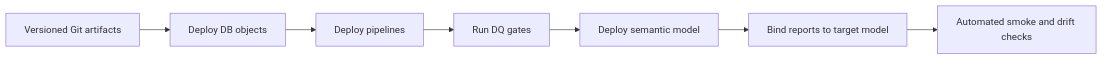
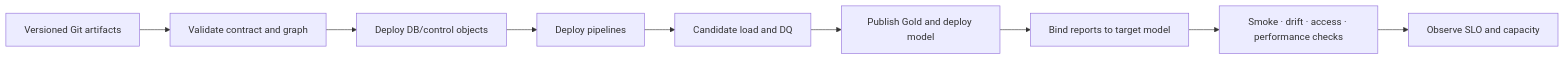
The diagram in docs/current-state-assessment.md (vothai17072002/fabric-medallion-supply-chain-platform), drawn with Mermaid before and after one commit. The commit also changed other lines of this file and 21 other files, not shown here.

Commit message:
feat: publish executable senior platform architecture

````diff
--- a/docs/current-state-assessment.md
+++ b/docs/current-state-assessment.md
@@ -26,9 +76,11 @@
 ```mermaid
 flowchart LR
-    G[Versioned Git artifacts] --> D[Deploy DB objects]
+    G[Versioned Git artifacts] --> C[Validate contract and graph]
+    C --> D[Deploy DB/control objects]
     D --> P[Deploy pipelines]
-    P --> Q[Run DQ gates]
-    Q --> M[Deploy semantic model]
+    P --> Q[Candidate load and DQ]
+    Q --> M[Publish Gold and deploy model]
     M --> B[Bind reports to target model]
-    B --> V[Automated smoke and drift checks]
+    B --> V[Smoke · drift · access · performance checks]
+    V --> O[Observe SLO and capacity]
 ```
````
